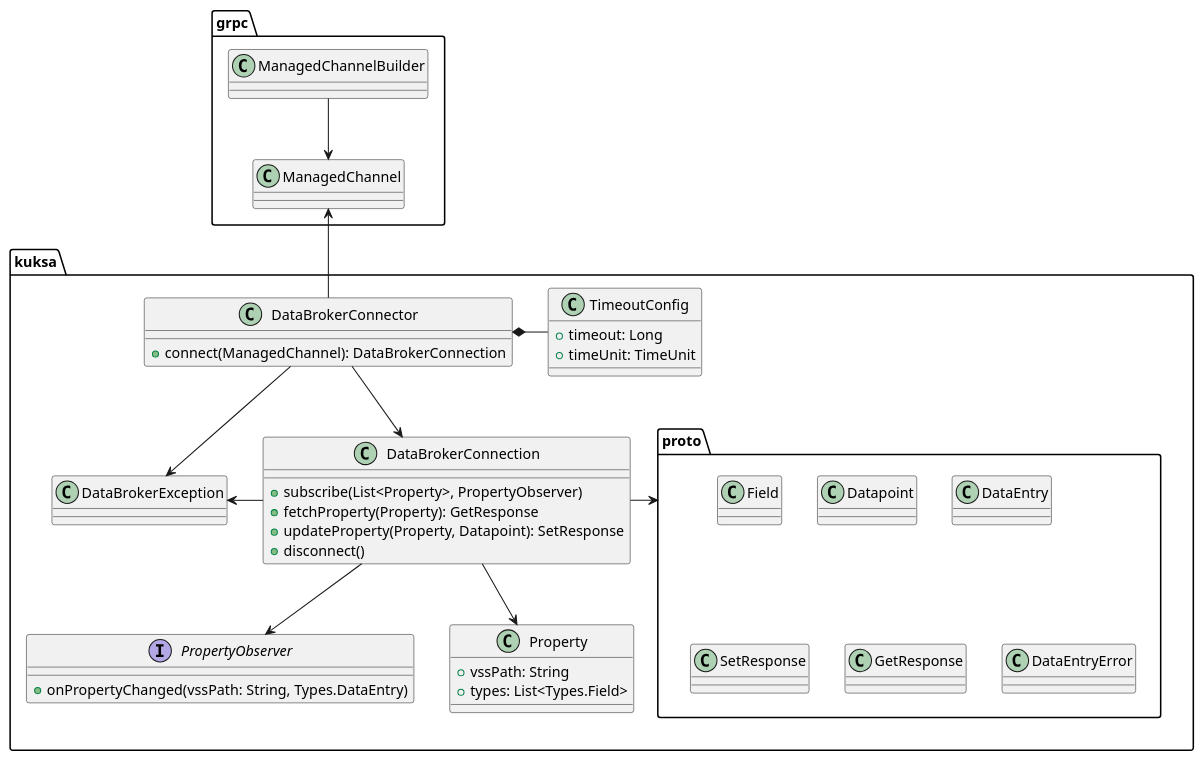
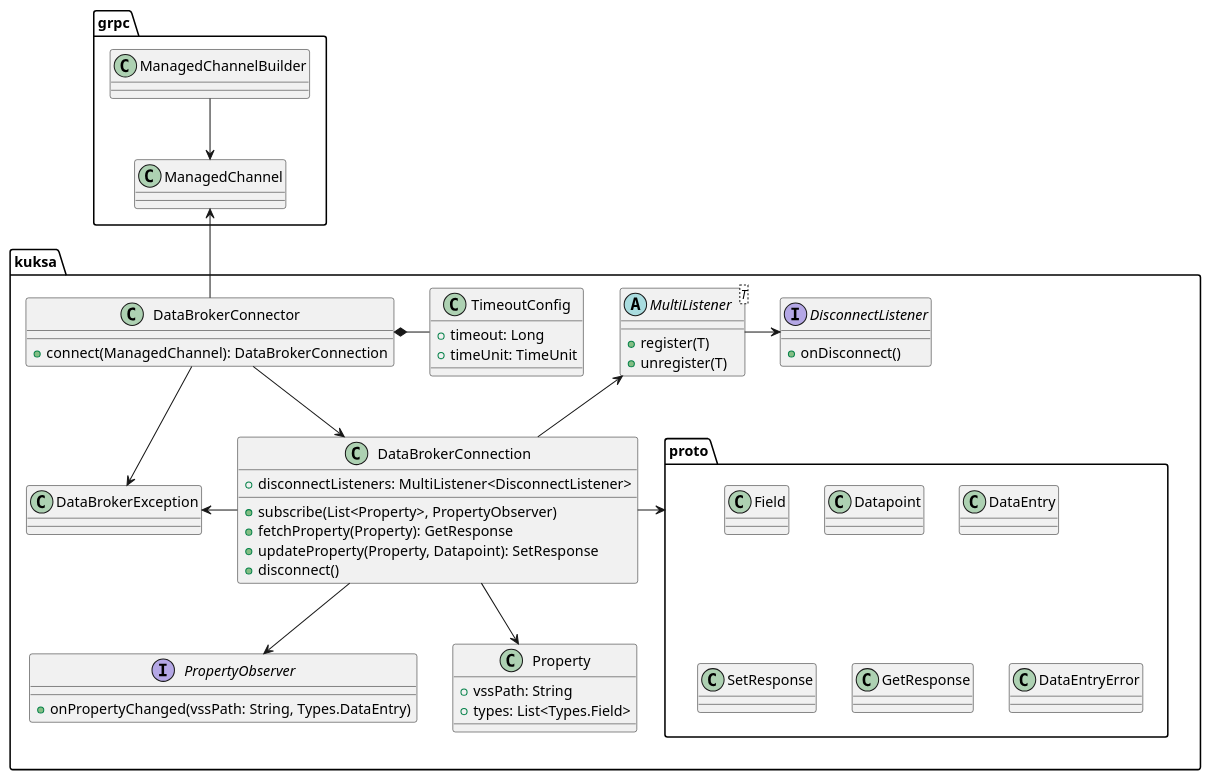
Before and after one commit to eclipse-kuksa/kuksa-android-sdk: the diagram in docs/kuksa-sdk_class-diagram.puml, drawn with PlantUML.

Commit message:
docs: Adapt Architecture Documentation

```diff
--- a/docs/kuksa-sdk_class-diagram.puml
+++ b/docs/kuksa-sdk_class-diagram.puml
@@ -1,62 +1,74 @@
 @startuml
 'https://plantuml.com/class-diagram
 
 package grpc {
 
     ManagedChannelBuilder --> ManagedChannel
 
     class ManagedChannel
     class ManagedChannelBuilder
 
 }
 
 package kuksa {
 
     package proto {
         class Field
         class Datapoint
         class DataEntry
         class SetResponse
         class GetResponse
         class DataEntryError
     }
 
     DataBrokerConnector -down-> DataBrokerException
     DataBrokerConnector -down-> DataBrokerConnection
     DataBrokerConnection -down-> PropertyObserver
     DataBrokerConnection -down-> Property
     DataBrokerConnection -left-> DataBrokerException
+    DataBrokerConnection -up-> MultiListener
+    MultiListener -right-> DisconnectListener
     TimeoutConfig -left-* DataBrokerConnector
 
     class DataBrokerConnector {
         + connect(ManagedChannel): DataBrokerConnection
     }
 
     class TimeoutConfig {
         + timeout: Long
         + timeUnit: TimeUnit
     }
 
     class DataBrokerConnection {
+        + disconnectListeners: MultiListener<DisconnectListener>
         + subscribe(List<Property>, PropertyObserver)
         + fetchProperty(Property): GetResponse
         + updateProperty(Property, Datapoint): SetResponse
         + disconnect()
     }
     
     interface PropertyObserver {
         + onPropertyChanged(vssPath: String, Types.DataEntry)
     }
 
     class Property {
         + vssPath: String
         + types: List<Types.Field>
     }
 
     class DataBrokerException
+
+    abstract class MultiListener<T> {
+        + register(T)
+        + unregister(T)
+    }
+
+    interface DisconnectListener {
+        + onDisconnect()
+    }
 }
 
 DataBrokerConnector -up-> ManagedChannel
 DataBrokerConnection -right-> proto
 
 @enduml
```
